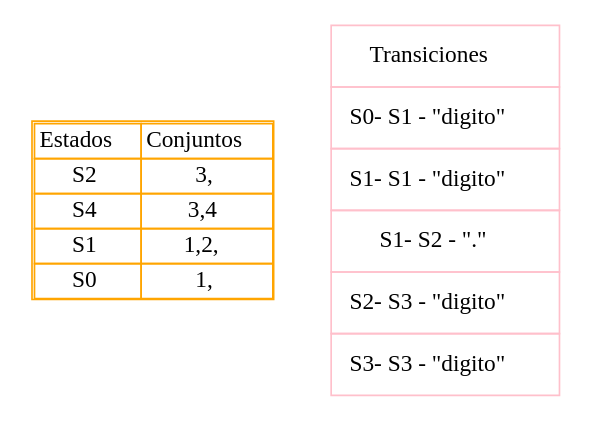
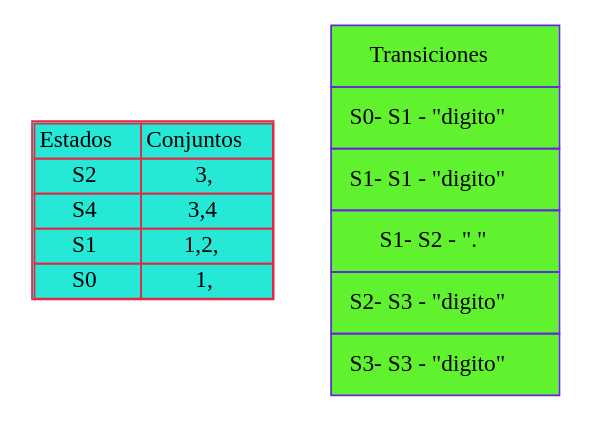
One commit to Desconocido502/OLC1-proyecto1-201902502 changed the diagram in src/TRANSICIONES_201902502/decimales.dot. Above: the diagram before and after it, drawn with Graphviz. The commit also changed 77 other files, not shown here.

```diff
--- a/src/TRANSICIONES_201902502/decimales.dot
+++ b/src/TRANSICIONES_201902502/decimales.dot
@@ -1,25 +1,25 @@
 digraph G{
 tbl [
 shape=plaintext
 label=<
-<table color='orange' cellspacing='0'>
+<table color='#E82543' cellspacing='0' bgcolor="#25E8D6">
 <tr><td>Estados</td><td>Conjuntos</td></tr>
 <tr><td>S2</td><td>3,</td></tr>
 <tr><td>S4</td><td>3,4</td></tr>
 <tr><td>S1</td><td>1,2,</td></tr>
 <tr><td>S0</td><td>1,</td></tr>
 </table>
 >];
 tb2 [
 shape=plaintext
 label=<
- <table color='pink' border='0' cellborder='1' cellpadding='10' cellspacing='0'>
+ <table color="#6625DE" border='0' cellborder='1' cellpadding='10' cellspacing='0' bgcolor="#61F22F">
 <tr><td>Transiciones</td></tr>
 <tr><td>S0- S1 - "digito"</td></tr>
 <tr><td>S1- S1 - "digito"</td></tr>
 <tr><td>S1- S2 - "."</td></tr>
 <tr><td>S2- S3 - "digito"</td></tr>
 <tr><td>S3- S3 - "digito"</td></tr>
 </table>
 >];
 }
```
